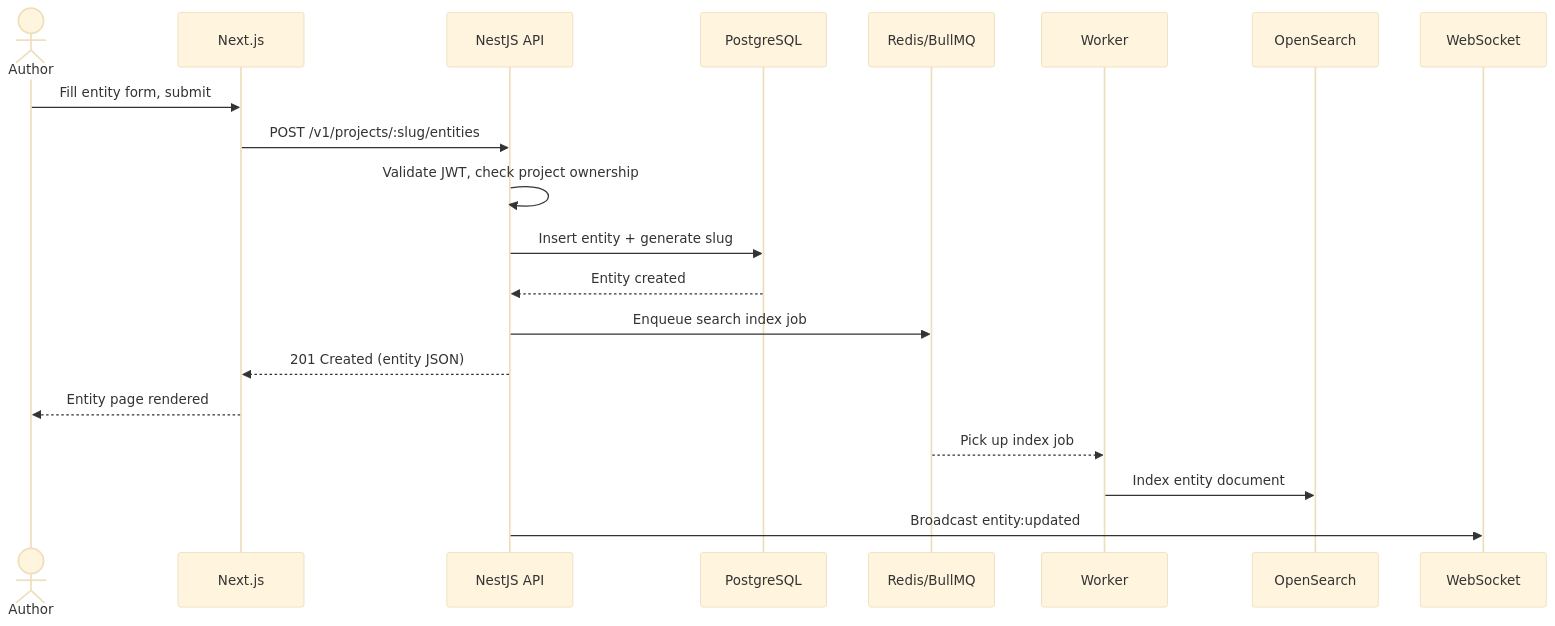
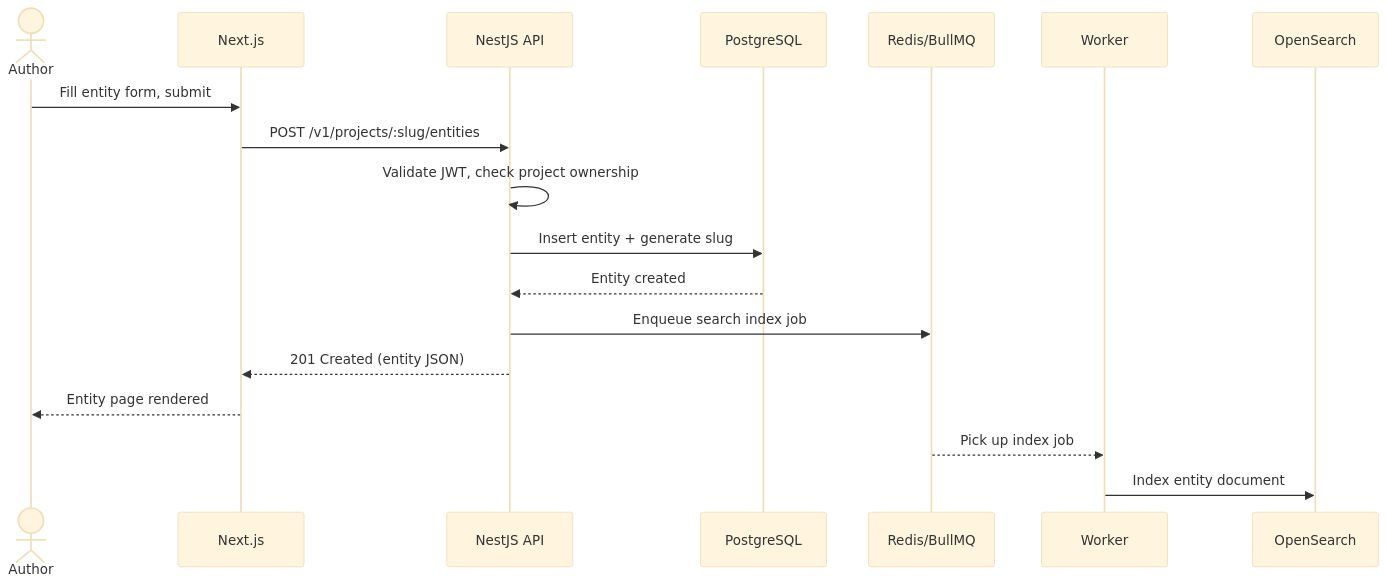
Before and after one commit to loreum-app/loreum: the third of 7 diagrams in docs/SYSTEM_ARCHITECTURE.md, drawn with Mermaid (base theme). The commit also changed other lines of this file and 4 other files, not shown here.

First line of the commit message:
docs: no WebSocket gateway exists; SSE for one-way events, WebSockets for collab

````diff
--- a/docs/SYSTEM_ARCHITECTURE.md
+++ b/docs/SYSTEM_ARCHITECTURE.md
@@ -108,24 +110,22 @@
 ```mermaid
 sequenceDiagram
     actor Author
     participant Web as Next.js
     participant API as NestJS API
     participant DB as PostgreSQL
     participant Queue as Redis/BullMQ
     participant Worker as Worker
     participant OS as OpenSearch
-    participant WS as WebSocket
 
     Author->>Web: Fill entity form, submit
     Web->>API: POST /v1/projects/:slug/entities
     API->>API: Validate JWT, check project ownership
     API->>DB: Insert entity + generate slug
     DB-->>API: Entity created
     API->>Queue: Enqueue search index job
     API-->>Web: 201 Created (entity JSON)
     Web-->>Author: Entity page rendered
 
     Queue-->>Worker: Pick up index job
     Worker->>OS: Index entity document
-    API->>WS: Broadcast entity:updated
 ```
````
